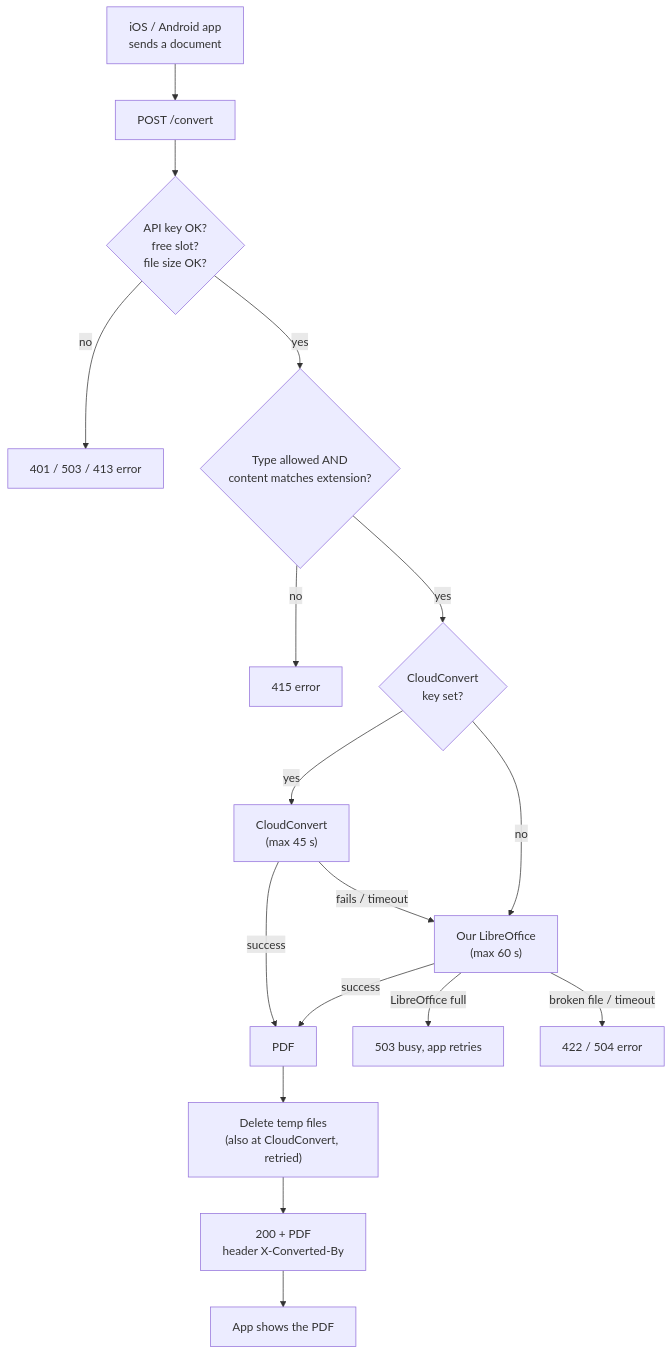
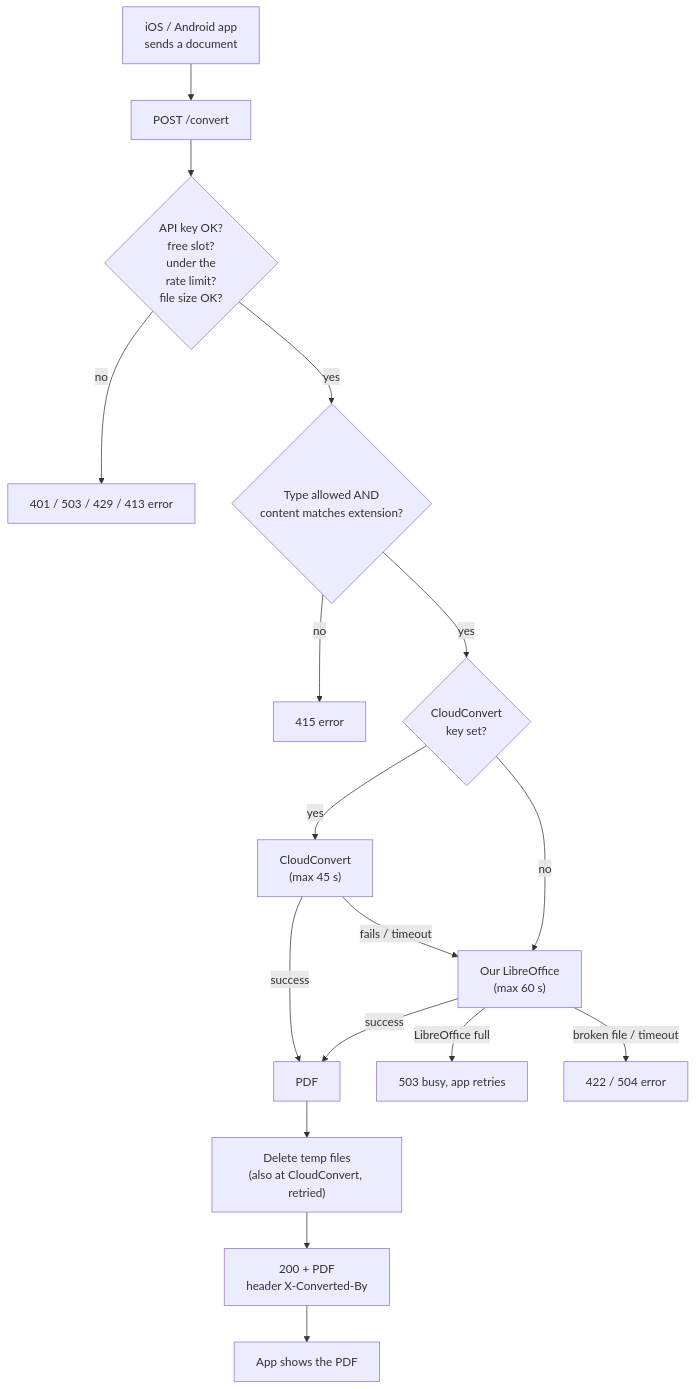
One commit to Tisobyn/LibraPDF-Converter changed the first of 2 diagrams in docs/ARCHITECTURE.md. Above: the diagram before and after it, drawn with Mermaid. The commit also changed other lines of this file and 22 other files, not shown here.

First line of the commit message:
feat: rate limit per device with Upstash Redis

````diff
--- a/docs/ARCHITECTURE.md
+++ b/docs/ARCHITECTURE.md
@@ -8,19 +8,19 @@
 ```mermaid
 flowchart TD
     A["iOS / Android app<br/>sends a document"] --> B["POST /convert"]
-    B --> C{"API key OK?<br/>free slot?<br/>file size OK?"}
-    C -- no --> E1["401 / 503 / 413 error"]
+    B --> C{"API key OK?<br/>free slot?<br/>under the<br/>rate limit?<br/>file size OK?"}
+    C -- no --> E1["401 / 503 / 429 / 413 error"]
     C -- yes --> D{"Type allowed AND<br/>content matches extension?"}
     D -- no --> E2["415 error"]
     D -- yes --> F{"CloudConvert<br/>key set?"}
     F -- yes --> G["CloudConvert<br/>(max 45 s)"]
     G -- success --> H["PDF"]
     G -- "fails / timeout" --> I
     F -- no --> I["Our LibreOffice<br/>(max 60 s)"]
     I -- success --> H
     I -- "LibreOffice full" --> E3["503 busy, app retries"]
     I -- "broken file / timeout" --> E4["422 / 504 error"]
     H --> J["Delete temp files<br/>(also at CloudConvert, retried)"]
     J --> K["200 + PDF<br/>header X-Converted-By"]
     K --> L["App shows the PDF"]
 ```
````
